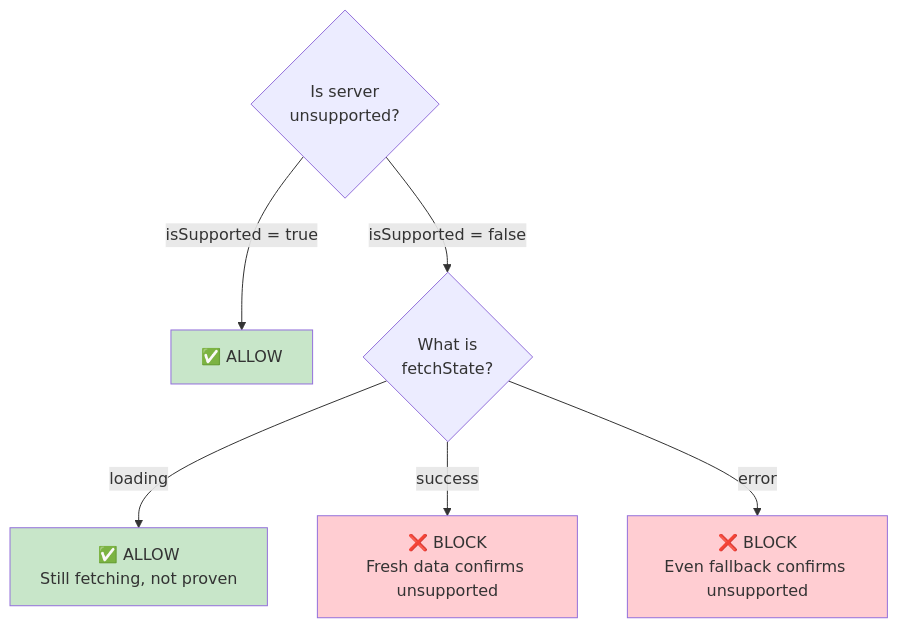
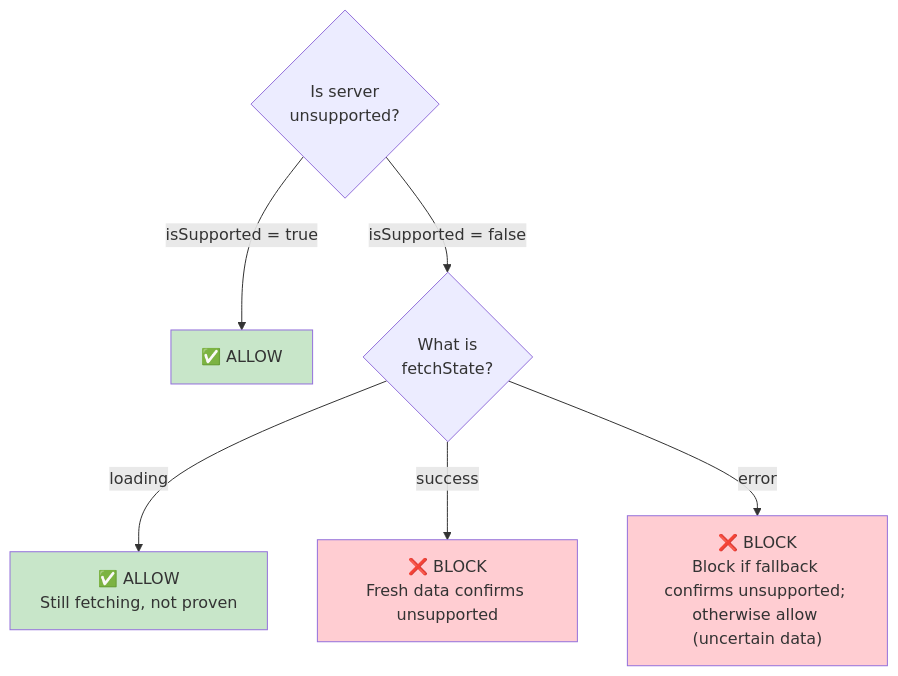
The fourth of 14 diagrams in docs/supported-versions-flow.md (RocketChat/Rocket.Chat.Electron), drawn with Mermaid before and after one commit. The commit also changed other lines of this file and 3 other files, not shown here.

First line of the commit message:
docs: fix retry flow inconsistencies and markdown formatting

````diff
--- a/docs/supported-versions-flow.md
+++ b/docs/supported-versions-flow.md
@@ -125,18 +125,18 @@
 ```mermaid
 graph TD
     Check{"Is server<br/>unsupported?"}
 
     Check -->|isSupported = true| Allow["✅ ALLOW"]
     Check -->|isSupported = false| CheckState
 
     CheckState{"What is<br/>fetchState?"}
 
     CheckState -->|loading| Allow2["✅ ALLOW<br/>Still fetching, not proven"]
     CheckState -->|success| Block["❌ BLOCK<br/>Fresh data confirms unsupported"]
-    CheckState -->|error| Block2["❌ BLOCK<br/>Even fallback confirms unsupported"]
+    CheckState -->|error| Block2["❌ BLOCK<br/>Block if fallback confirms unsupported; otherwise allow (uncertain data)"]
 
     style Allow fill:#c8e6c9
     style Allow2 fill:#c8e6c9
     style Block fill:#ffcdd2
     style Block2 fill:#ffcdd2
 ```
````
